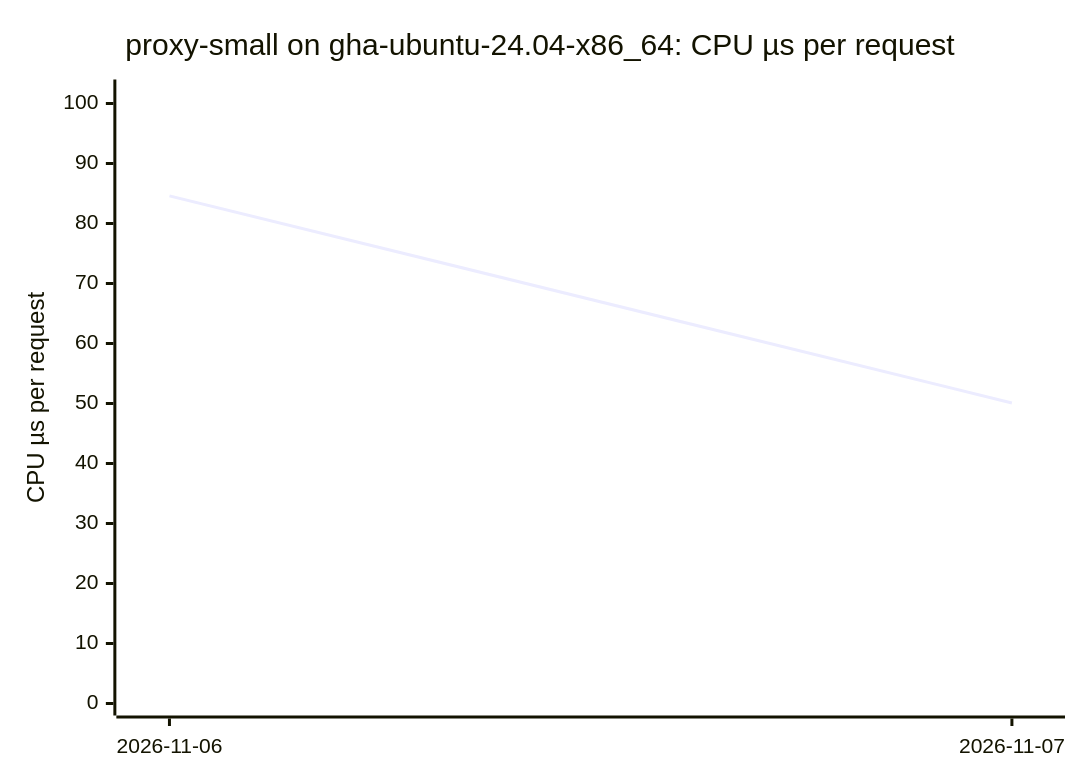
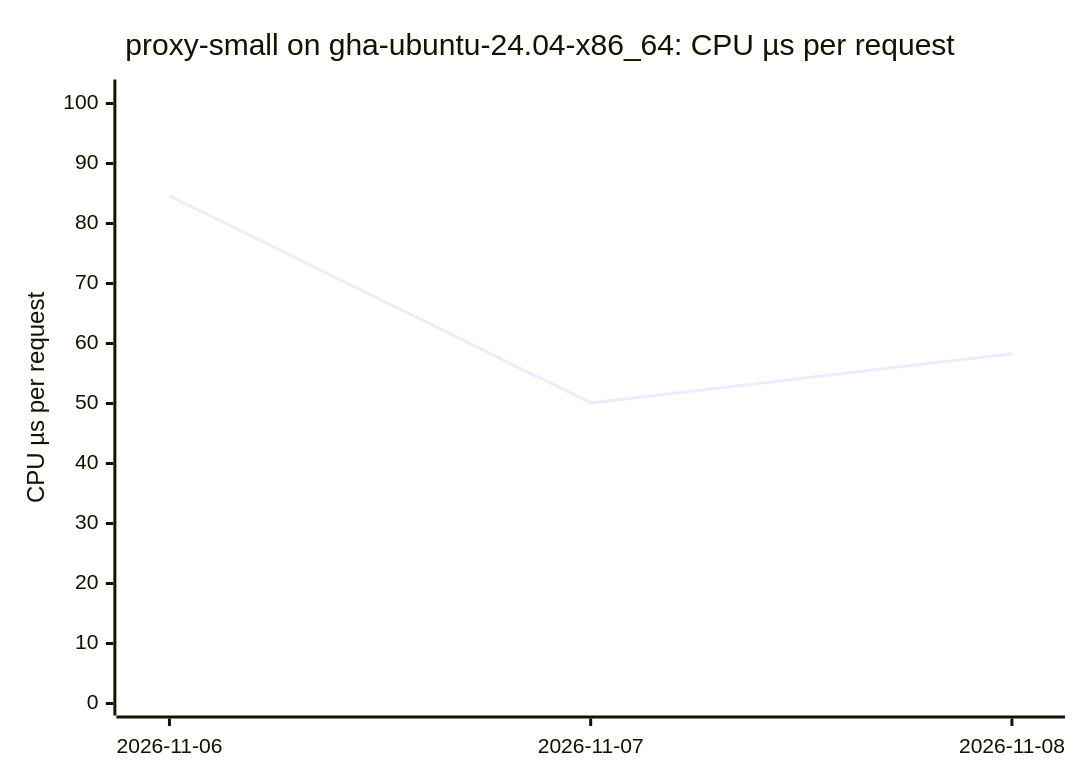
The fourth of 16 diagrams in BENCHMARKS.md (ThePixelPilgrim/durchlauferhitzer), drawn with Mermaid before and after one commit. The commit also changed other lines of this file and 1 other file, not shown here.

````diff
--- a/BENCHMARKS.md
+++ b/BENCHMARKS.md
@@ -55,7 +55,7 @@
 ```mermaid
 xychart-beta
   title "proxy-small on gha-ubuntu-24.04-x86_64: CPU µs per request"
-  x-axis ["2026-11-06", "2026-11-07"]
+  x-axis ["2026-11-06", "2026-11-07", "2026-11-08"]
   y-axis "CPU µs per request" 0 --> 102
-  line [84.61, 50.09]
+  line [84.61, 50.09, 58.29]
 ```
````
